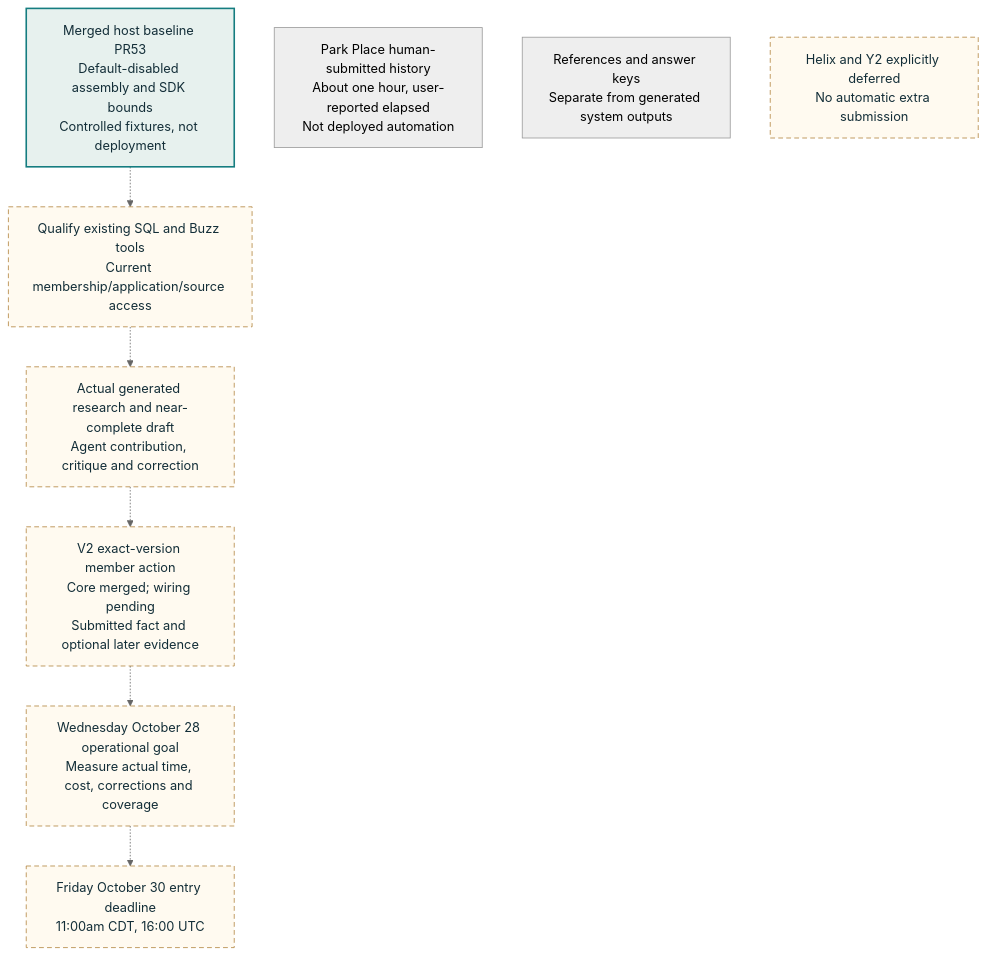
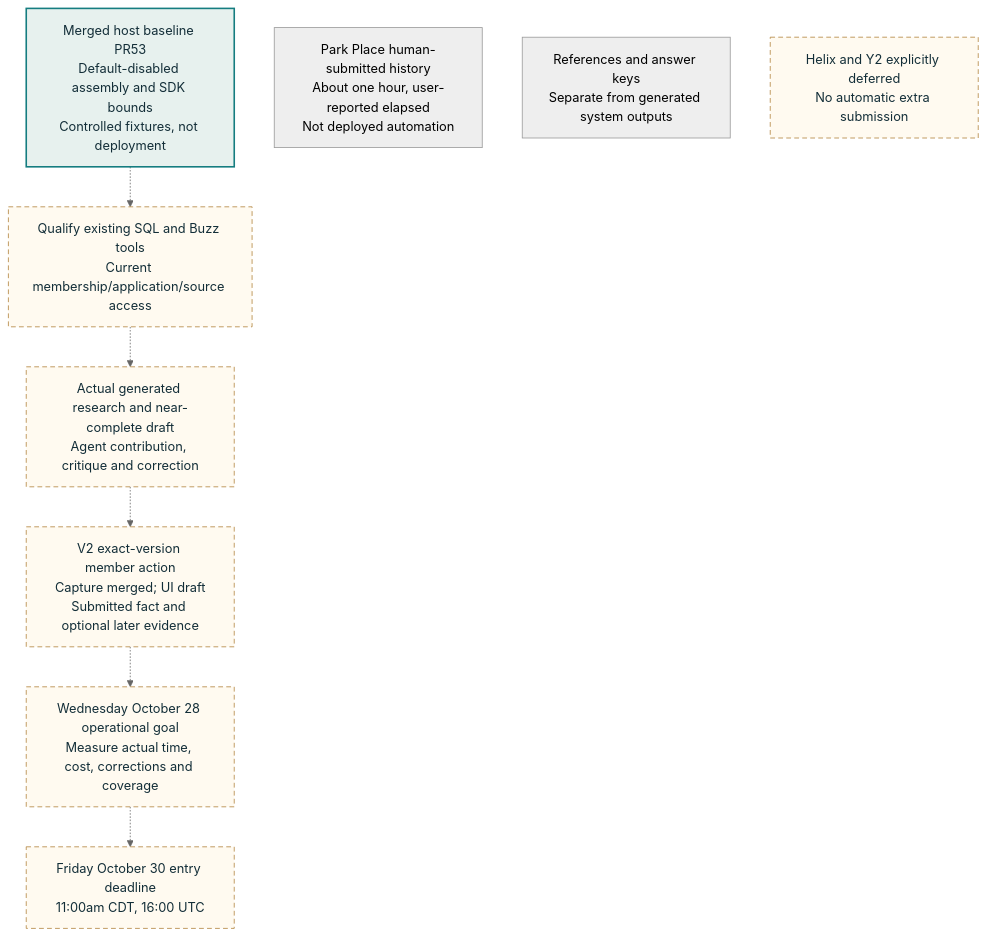
The diagram in docs/architecture/diagrams/funding-roadmap.mmd (NetRxn/Inertia), drawn with Mermaid (neutral theme) before and after one commit. The commit also changed 22 other files, not shown here.

Commit message:
docs: sync prioritized roadmap and source qualification artifacts

```diff
--- a/docs/architecture/diagrams/funding-roadmap.mmd
+++ b/docs/architecture/diagrams/funding-roadmap.mmd
@@ -1,17 +1,17 @@
 flowchart TB
  I["Merged host baseline PR53<br/>Default-disabled assembly and SDK bounds<br/>Controlled fixtures, not deployment"]
  I -.-> A["Qualify existing SQL and Buzz tools<br/>Current membership/application/source access"]
  A -.-> D["Actual generated research and near-complete draft<br/>Agent contribution, critique and correction"]
- D -.-> V["V2 exact-version member action<br/>Core merged; wiring pending<br/>Submitted fact and optional later evidence"]
+ D -.-> V["V2 exact-version member action<br/>Capture merged; UI draft<br/>Submitted fact and optional later evidence"]
  V -.-> W["Wednesday October 28 operational goal<br/>Measure actual time, cost, corrections and coverage"]
  W -.-> F["Friday October 30 entry deadline<br/>11:00am CDT, 16:00 UTC"]
  P["Park Place human-submitted history<br/>About one hour, user-reported elapsed<br/>Not deployed automation"]
  R["References and answer keys<br/>Separate from generated system outputs"]
  L["Helix and Y2 explicitly deferred<br/>No automatic extra submission"]
  class I core
  class A,D,V,W,F,L planned
 
  classDef core fill:#e7f1ee,stroke:#157d80,color:#132e38,stroke-width:2px
  classDef planned fill:#fffaf0,stroke:#b1853e,color:#132e38,stroke-dasharray:6 4
  classDef reviewed fill:#f5f0ff,stroke:#8064a2,color:#132e38
  classDef store fill:#edf2f7,stroke:#61788b,color:#132e38
```
